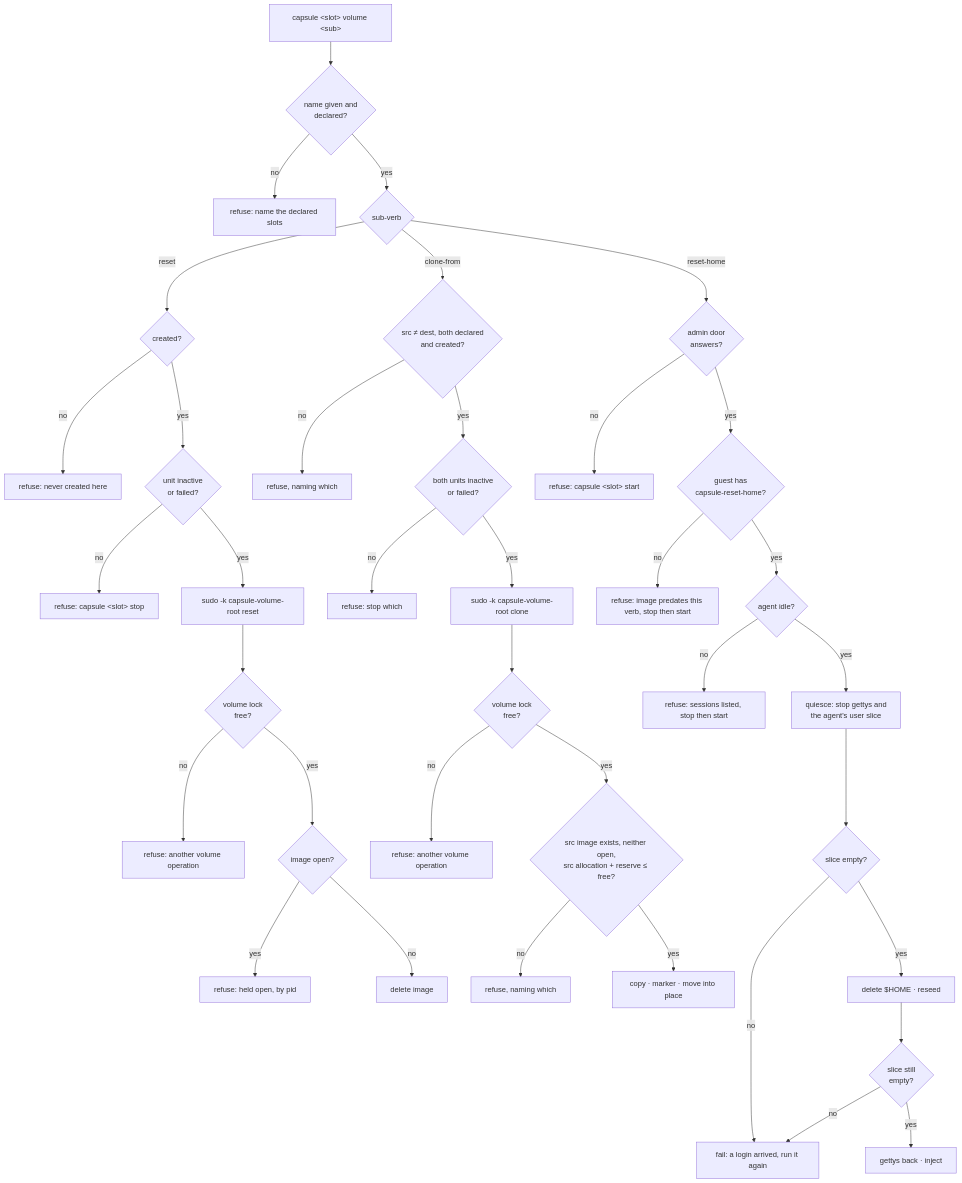
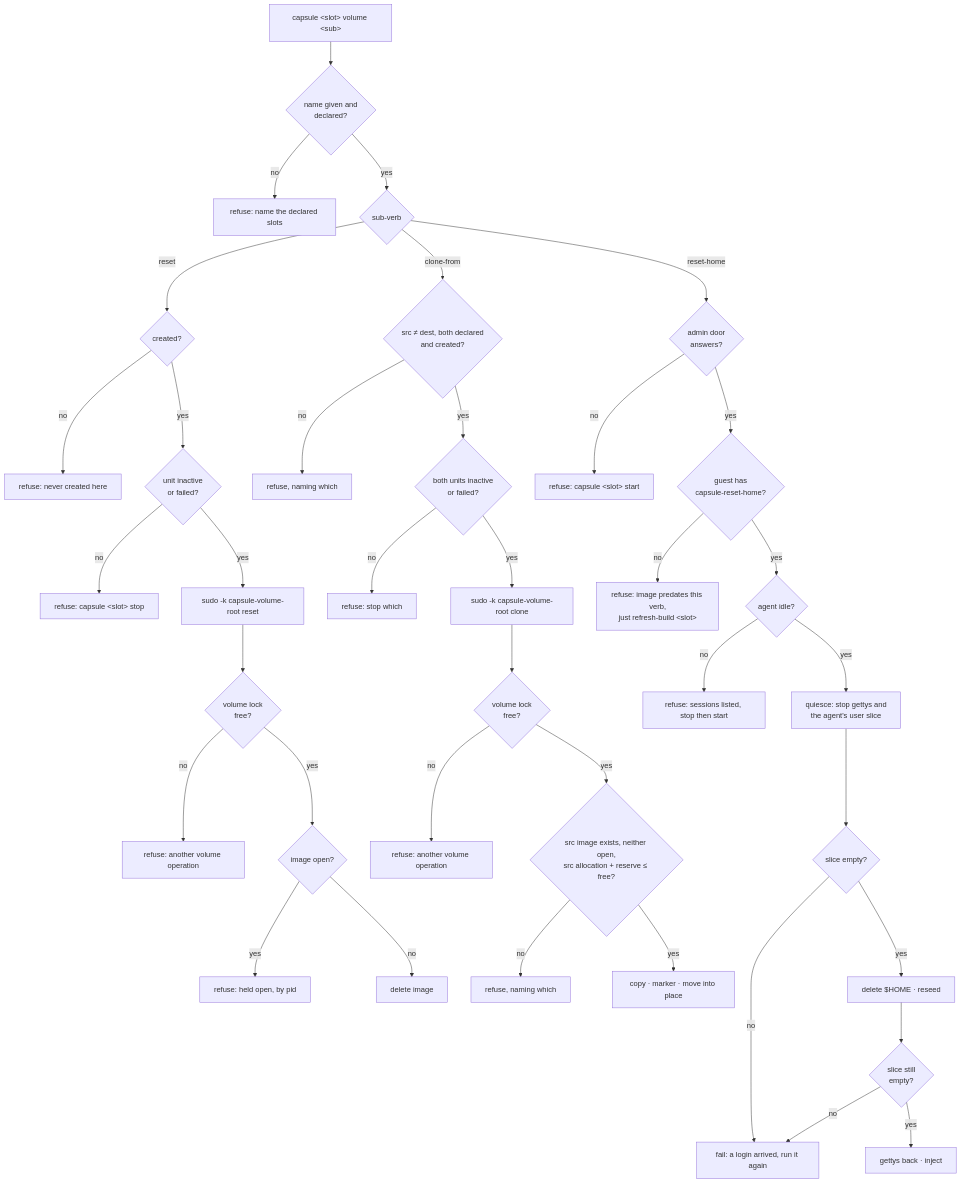
Before and after one commit to davidlee/oubliette: the second of 3 diagrams in .doctrine/slice/002/design.md, drawn with Mermaid. The commit also changed other lines of this file and 4 other files, not shown here.

First line of the commit message:
doc: a pre-verb image is refreshed rather than restarted, and the scrub gate refuses by reason

````diff
--- a/.doctrine/slice/002/design.md
+++ b/.doctrine/slice/002/design.md
@@ -143,42 +143,42 @@
 ```mermaid
 flowchart TD
   P["capsule &lt;slot&gt; volume &lt;sub&gt;"] --> N{"name given and<br/>declared?"}
   N -- no --> RN["refuse: name the declared slots"]
   N -- yes --> S{"sub-verb"}
 
   S -- reset --> C1{"created?"}
   C1 -- no --> RC["refuse: never created here"]
   C1 -- yes --> U1{"unit inactive<br/>or failed?"}
   U1 -- no --> RU["refuse: capsule &lt;slot&gt; stop"]
   U1 -- yes --> H1["sudo -k capsule-volume-root reset"]
   H1 --> L1{"volume lock<br/>free?"}
   L1 -- no --> RL1["refuse: another volume operation"]
   L1 -- yes --> F1{"image open?"}
   F1 -- yes --> RF["refuse: held open, by pid"]
   F1 -- no --> D1["delete image"]
 
   S -- clone-from --> C2{"src ≠ dest, both declared<br/>and created?"}
   C2 -- no --> RC2["refuse, naming which"]
   C2 -- yes --> U2{"both units inactive<br/>or failed?"}
   U2 -- no --> RU2["refuse: stop which"]
   U2 -- yes --> H2["sudo -k capsule-volume-root clone"]
   H2 --> L2{"volume lock<br/>free?"}
   L2 -- no --> RL2["refuse: another volume operation"]
   L2 -- yes --> F2{"src image exists, neither open,<br/>src allocation + reserve ≤ free?"}
   F2 -- no --> RF2["refuse, naming which"]
   F2 -- yes --> D2["copy · marker · move into place"]
 
   S -- reset-home --> A{"admin door<br/>answers?"}
   A -- no --> RA["refuse: capsule &lt;slot&gt; start"]
   A -- yes --> G{"guest has<br/>capsule-reset-home?"}
-  G -- no --> RG["refuse: image predates this verb, stop then start"]
+  G -- no --> RG["refuse: image predates this verb,<br/>just refresh-build &lt;slot&gt;"]
   G -- yes --> B{"agent idle?"}
   B -- no --> RB["refuse: sessions listed, stop then start"]
   B -- yes --> Q["quiesce: stop gettys and<br/>the agent's user slice"]
   Q --> Q2{"slice empty?"}
   Q2 -- no --> RQ["fail: a login arrived, run it again"]
   Q2 -- yes --> D3["delete $HOME · reseed"]
   D3 --> Q3{"slice still<br/>empty?"}
   Q3 -- no --> RQ
   Q3 -- yes --> D4["gettys back · inject"]
 ```
````
